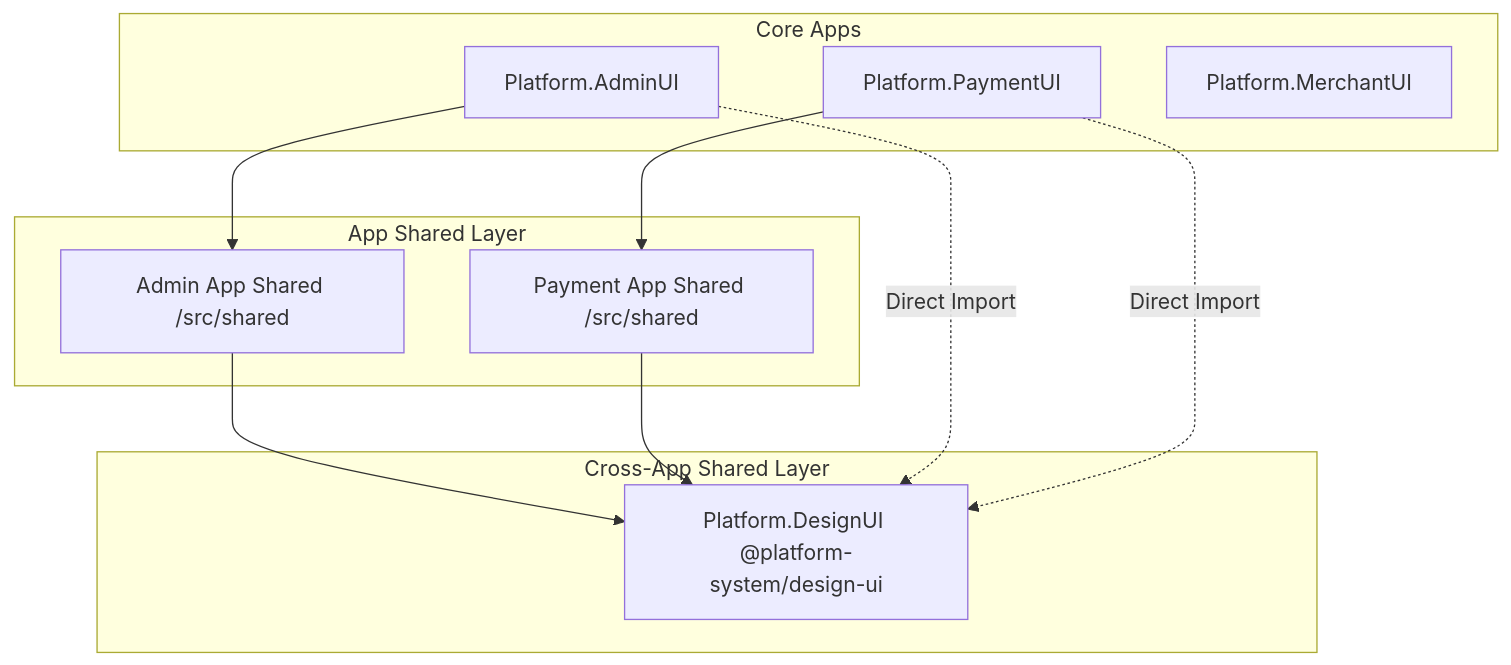
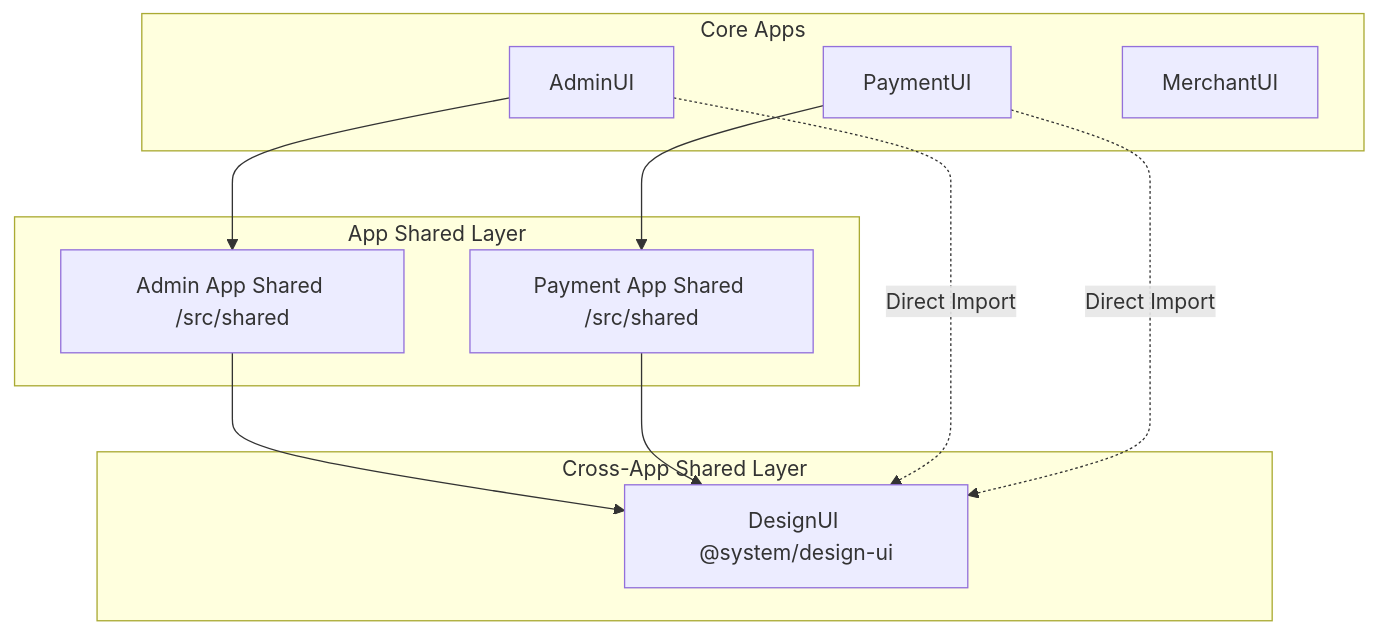
Before and after one commit to Platform-System/Docs: the diagram in FRONTEND_ARCHITECTURE.md, drawn with Mermaid. The commit also changed other lines of this file and 9 other files, not shown here.

````diff
--- a/FRONTEND_ARCHITECTURE.md
+++ b/FRONTEND_ARCHITECTURE.md
@@ -18,26 +18,26 @@
 ```mermaid
 graph TD
     subgraph Core Apps
-        Admin[Platform.AdminUI]
-        Payment[Platform.PaymentUI]
-        Merchant[Platform.MerchantUI]
+        Admin[AdminUI]
+        Payment[PaymentUI]
+        Merchant[MerchantUI]
     end
 
     subgraph App Shared Layer
         SharedAdmin[Admin App Shared /src/shared]
         SharedPay[Payment App Shared /src/shared]
     end
 
     subgraph Cross-App Shared Layer
-        DesignUI[Platform.DesignUI @platform-system/design-ui]
+        DesignUI[DesignUI @system/design-ui]
     end
 
     Admin --> SharedAdmin
     Payment --> SharedPay
     
     SharedAdmin --> DesignUI
     SharedPay --> DesignUI
     
     Admin -.->|Direct Import| DesignUI
     Payment -.->|Direct Import| DesignUI
 ```
````
